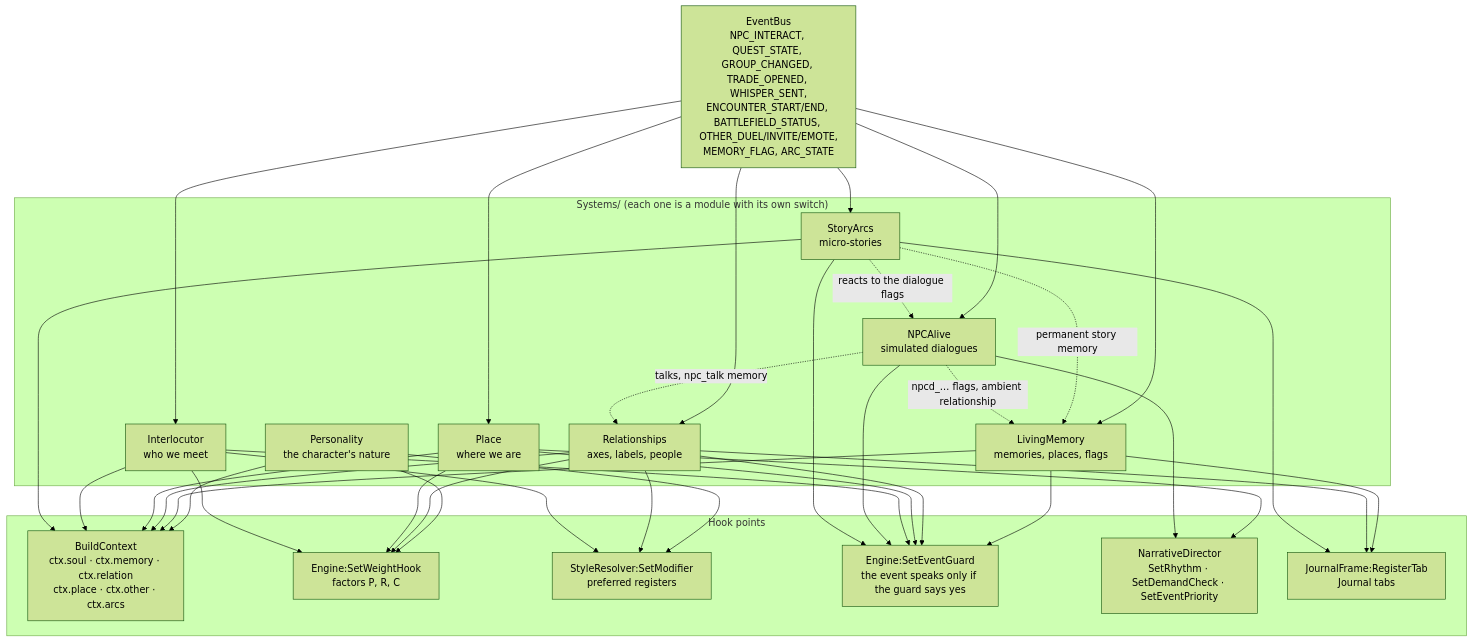
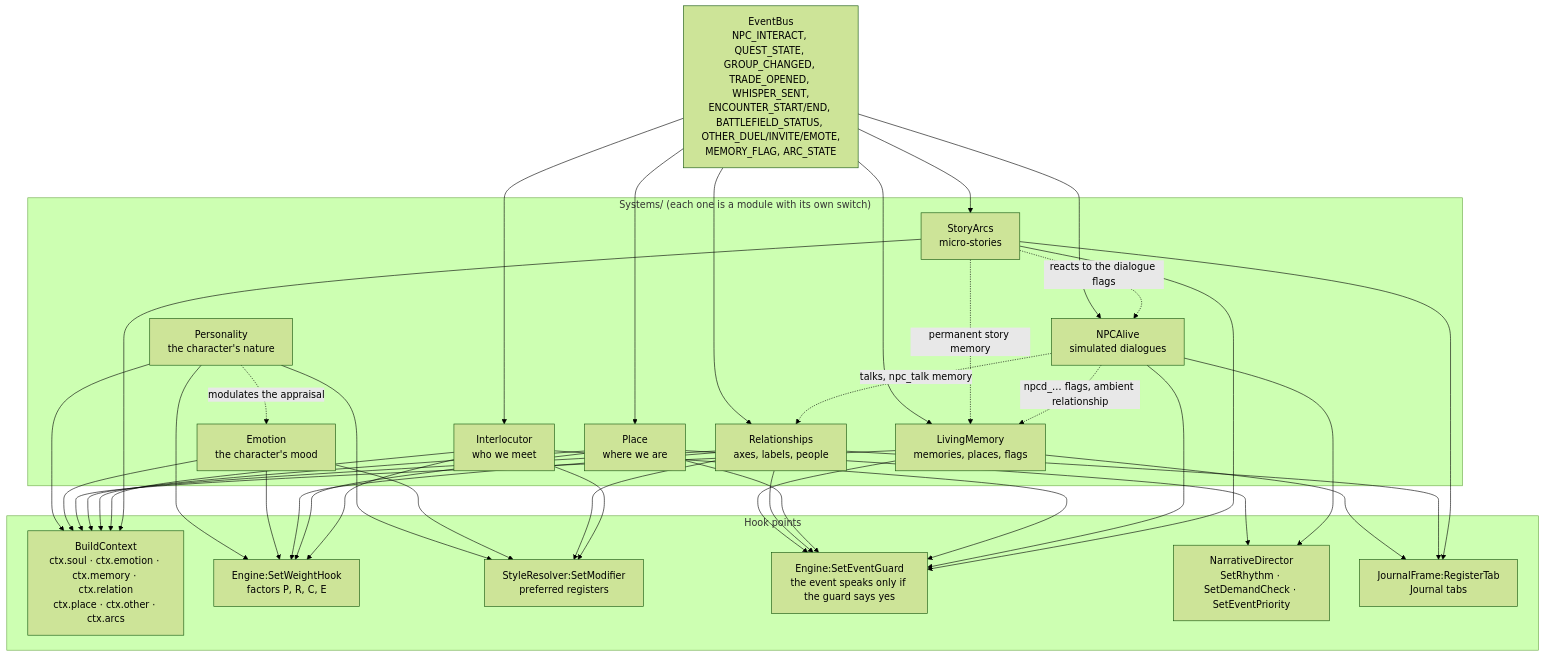
One commit to Finland6738/azeroth-unspoken changed the second of 19 diagrams in docs/ARCHITECTURE.md. Above: the diagram before and after it, drawn with Mermaid (forest theme). The commit also changed other lines of this file and 51 other files, not shown here.

````diff
--- a/docs/ARCHITECTURE.md
+++ b/docs/ARCHITECTURE.md
@@ -153,36 +154,39 @@
 ```mermaid
 flowchart TB
     BUS["EventBus<br/>NPC_INTERACT, QUEST_STATE, GROUP_CHANGED, TRADE_OPENED, WHISPER_SENT,<br/>ENCOUNTER_START/END, BATTLEFIELD_STATUS, OTHER_DUEL/INVITE/EMOTE,<br/>MEMORY_FLAG, ARC_STATE"]
 
     subgraph SYS["Systems/ (each one is a module with its own switch)"]
         SOUL["Personality<br/>the character's nature"]
+        EMO["Emotion<br/>the character's mood"]
         MEM["LivingMemory<br/>memories, places, flags"]
         REL["Relationships<br/>axes, labels, people"]
         PLC["Place<br/>where we are"]
         INT["Interlocutor<br/>who we meet"]
         NPC["NPCAlive<br/>simulated dialogues"]
         ARC["StoryArcs<br/>micro-stories"]
     end
 
     subgraph HOOK["Hook points"]
-        CTX["BuildContext<br/>ctx.soul · ctx.memory · ctx.relation<br/>ctx.place · ctx.other · ctx.arcs"]
-        WH["Engine:SetWeightHook<br/>factors P, R, C"]
+        CTX["BuildContext<br/>ctx.soul · ctx.emotion · ctx.memory · ctx.relation<br/>ctx.place · ctx.other · ctx.arcs"]
+        WH["Engine:SetWeightHook<br/>factors P, R, C, E"]
         SM["StyleResolver:SetModifier<br/>preferred registers"]
         EG["Engine:SetEventGuard<br/>the event speaks only if the guard says yes"]
         RH["NarrativeDirector<br/>SetRhythm · SetDemandCheck · SetEventPriority"]
         JT["JournalFrame:RegisterTab<br/>Journal tabs"]
     end
 
     BUS --> MEM & REL & INT & NPC & ARC & PLC
     SOUL --> CTX & WH & SM
+    EMO --> CTX & WH & SM
+    SOUL -. "modulates the appraisal" .-> EMO
     MEM --> CTX & EG & JT
     REL --> CTX & WH & SM & EG & JT
     PLC --> CTX & WH & RH & EG
     INT --> CTX & WH & SM & EG
     NPC --> EG & RH
     ARC --> CTX & EG & JT
     ARC -. "permanent story memory" .-> MEM
     NPC -. "npcd_… flags, ambient relationship" .-> MEM
     NPC -. "talks, npc_talk memory" .-> REL
     ARC -. "reacts to the dialogue flags" .-> NPC
 ```
````
